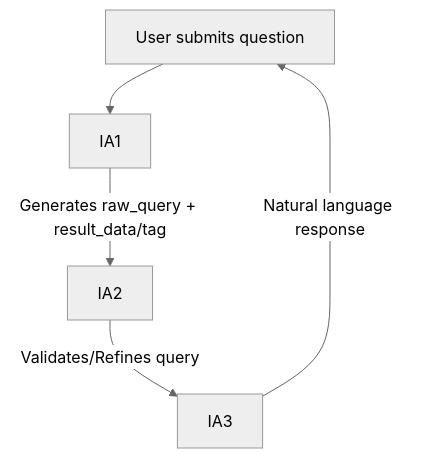
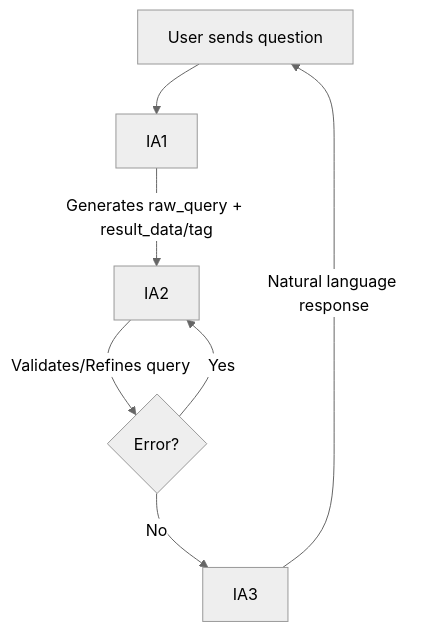
The first of 4 diagrams in README.md (raphael-santosz/LangQueryGen), drawn with Mermaid (neutral theme) before and after one commit. The commit also changed other lines of this file, not shown here.

````diff
--- a/README.md
+++ b/README.md
@@ -88,7 +95,9 @@
 ```mermaid
 flowchart TD
-    U[User submits question] --> IA1
+    U[User sends question] --> IA1
     IA1 -->|Generates raw_query + result_data/tag| IA2
-    IA2 -->|Validates/Refines query| IA3
+    IA2 -->|Validates/Refines query| IA2fallback{Error?}
+    IA2fallback -->|Yes| IA2  
+    IA2fallback -->|No| IA3
     IA3 -->|Natural language response| U
 ```
````
